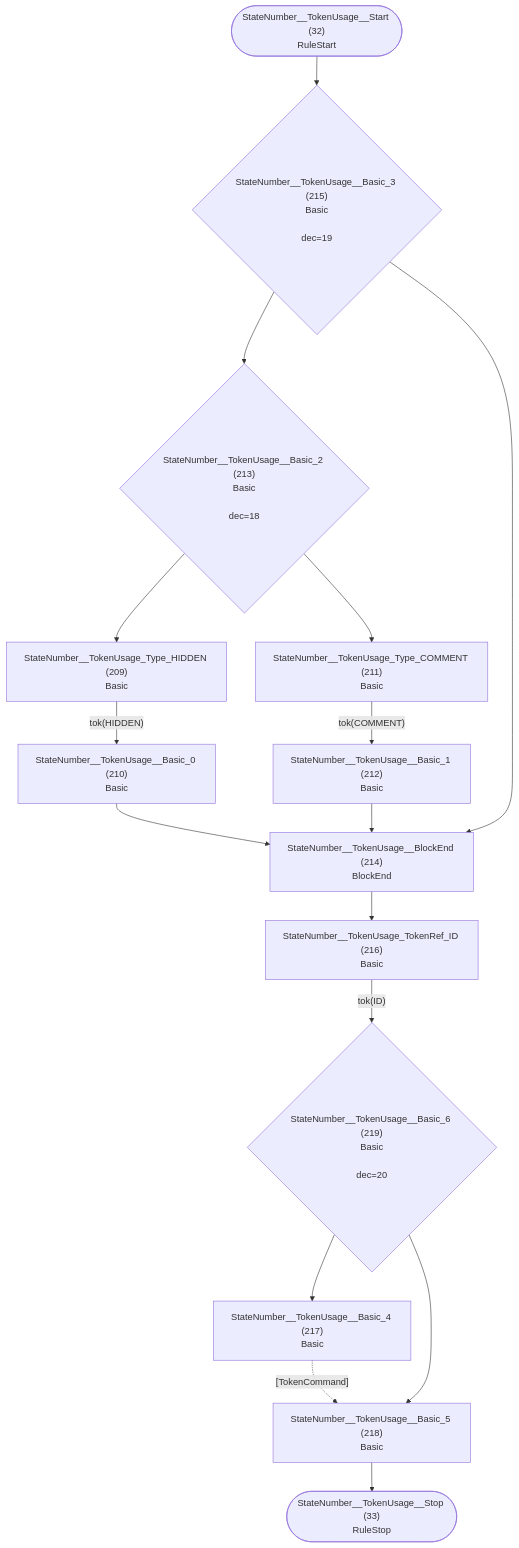
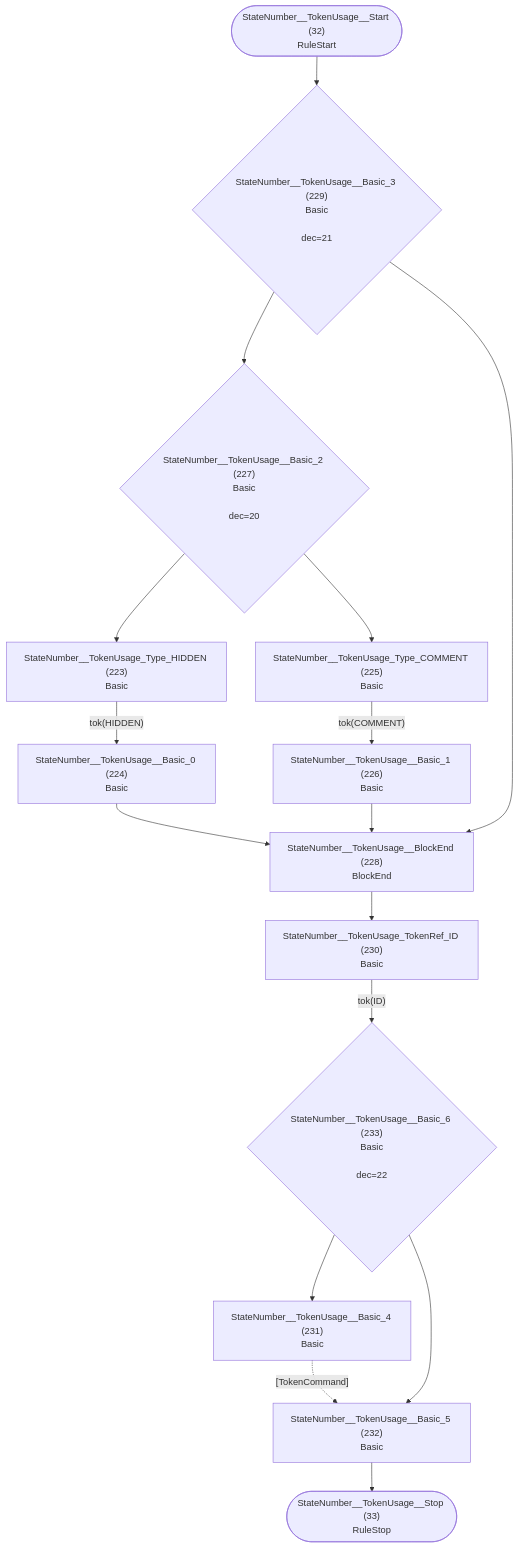
Before and after one commit to TypeFox/fastbelt: diagram 17 of 32 in internal/grammar/atn.md, drawn with Mermaid. The commit also changed other lines of this file and 21 other files, not shown here.

````diff
--- a/internal/grammar/atn.md
+++ b/internal/grammar/atn.md
@@ -481,32 +513,32 @@
 ```mermaid
 flowchart TD
     q32(["StateNumber__TokenUsage__Start (32)<br/>RuleStart"])
     q33(["StateNumber__TokenUsage__Stop (33)<br/>RuleStop"])
-    q209["StateNumber__TokenUsage_Type_HIDDEN (209)<br/>Basic<br/>"]
-    q210["StateNumber__TokenUsage__Basic_0 (210)<br/>Basic<br/>"]
-    q211["StateNumber__TokenUsage_Type_COMMENT (211)<br/>Basic<br/>"]
-    q212["StateNumber__TokenUsage__Basic_1 (212)<br/>Basic<br/>"]
-    q213{"StateNumber__TokenUsage__Basic_2 (213)<br/>Basic<br/><br/>dec=18"}
-    q214["StateNumber__TokenUsage__BlockEnd (214)<br/>BlockEnd<br/>"]
-    q215{"StateNumber__TokenUsage__Basic_3 (215)<br/>Basic<br/><br/>dec=19"}
-    q216["StateNumber__TokenUsage_TokenRef_ID (216)<br/>Basic<br/>"]
-    q217["StateNumber__TokenUsage__Basic_4 (217)<br/>Basic<br/>"]
-    q218["StateNumber__TokenUsage__Basic_5 (218)<br/>Basic<br/>"]
-    q219{"StateNumber__TokenUsage__Basic_6 (219)<br/>Basic<br/><br/>dec=20"}
+    q223["StateNumber__TokenUsage_Type_HIDDEN (223)<br/>Basic<br/>"]
+    q224["StateNumber__TokenUsage__Basic_0 (224)<br/>Basic<br/>"]
+    q225["StateNumber__TokenUsage_Type_COMMENT (225)<br/>Basic<br/>"]
+    q226["StateNumber__TokenUsage__Basic_1 (226)<br/>Basic<br/>"]
+    q227{"StateNumber__TokenUsage__Basic_2 (227)<br/>Basic<br/><br/>dec=20"}
+    q228["StateNumber__TokenUsage__BlockEnd (228)<br/>BlockEnd<br/>"]
+    q229{"StateNumber__TokenUsage__Basic_3 (229)<br/>Basic<br/><br/>dec=21"}
+    q230["StateNumber__TokenUsage_TokenRef_ID (230)<br/>Basic<br/>"]
+    q231["StateNumber__TokenUsage__Basic_4 (231)<br/>Basic<br/>"]
+    q232["StateNumber__TokenUsage__Basic_5 (232)<br/>Basic<br/>"]
+    q233{"StateNumber__TokenUsage__Basic_6 (233)<br/>Basic<br/><br/>dec=22"}
 
-    q32 --> q215
-    q209 -->|"tok(HIDDEN)"| q210
-    q210 --> q214
-    q211 -->|"tok(COMMENT)"| q212
-    q212 --> q214
-    q213 --> q209
-    q213 --> q211
-    q214 --> q216
-    q215 --> q213
-    q215 --> q214
-    q216 -->|"tok(ID)"| q219
-    q217 -.->|"[TokenCommand]"| q218
-    q218 --> q33
-    q219 --> q217
-    q219 --> q218
+    q32 --> q229
+    q223 -->|"tok(HIDDEN)"| q224
+    q224 --> q228
+    q225 -->|"tok(COMMENT)"| q226
+    q226 --> q228
+    q227 --> q223
+    q227 --> q225
+    q228 --> q230
+    q229 --> q227
+    q229 --> q228
+    q230 -->|"tok(ID)"| q233
+    q231 -.->|"[TokenCommand]"| q232
+    q232 --> q33
+    q233 --> q231
+    q233 --> q232
 ```
````
